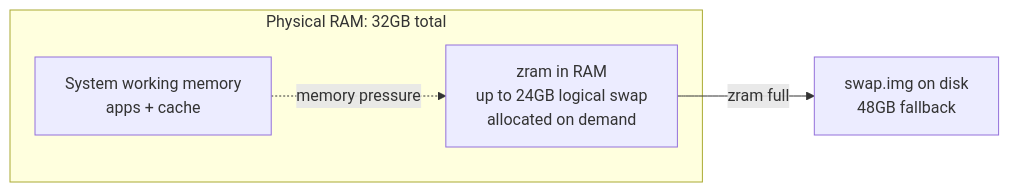
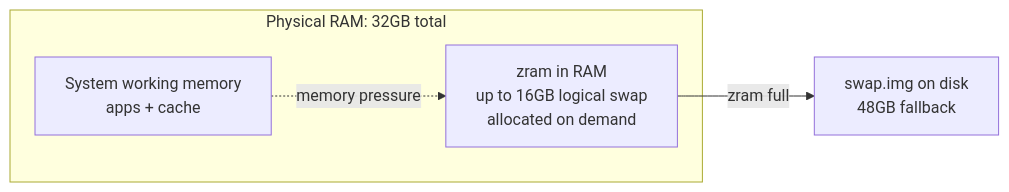
The second of 2 diagrams in docs/swap_config.md (jlucas-oqc/playgound), drawn with Mermaid before and after one commit. The commit also changed other lines of this file, not shown here.

Commit message:
docs: update swap configuration guidance for larger memory systems

````diff
--- a/docs/swap_config.md
+++ b/docs/swap_config.md
@@ -31,10 +35,10 @@
 ```mermaid
 flowchart LR
     subgraph RAM32[Physical RAM: 32GB total]
         SYS32[System working memory<br/>apps + cache]
-        Z32[zram in RAM<br/>up to 24GB logical swap<br/>allocated on demand]
+        Z32[zram in RAM<br/>up to 16GB logical swap<br/>allocated on demand]
     end
 
     SYS32 -. memory pressure .-> Z32
     Z32 -->|zram full| D32[swap.img on disk<br/>48GB fallback]
 ```
````
